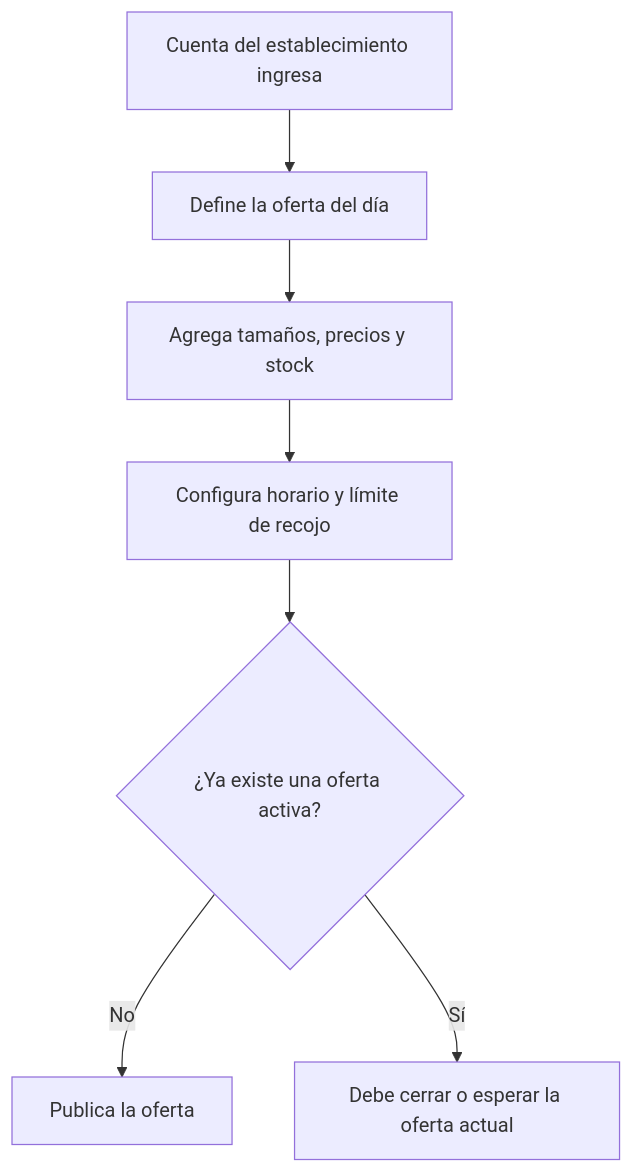
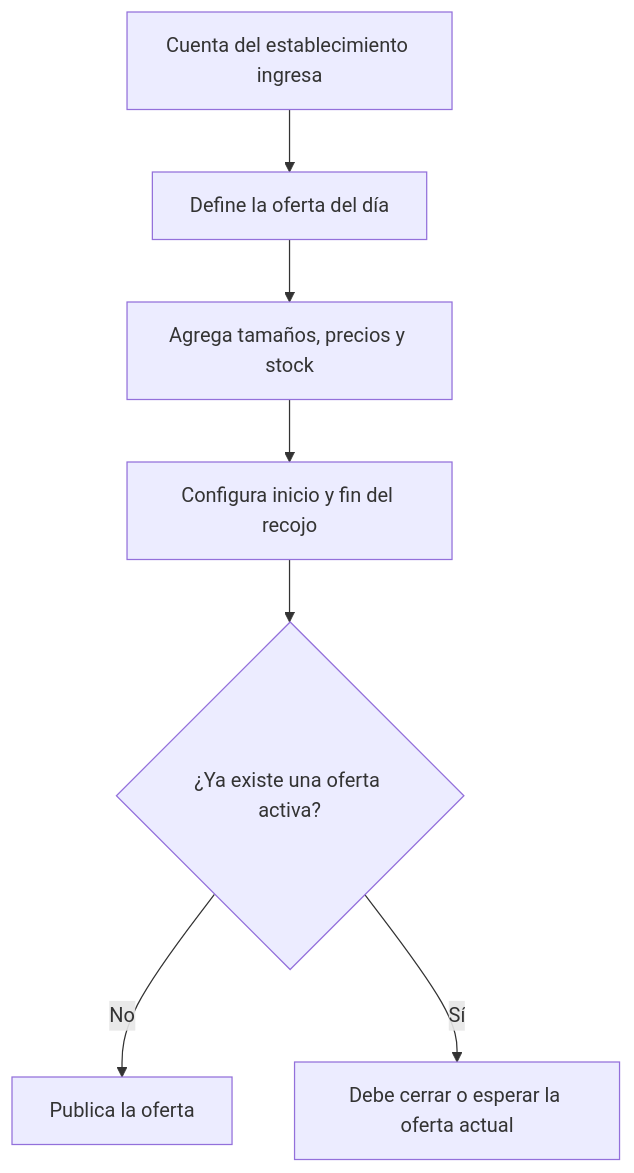
Before and after one commit to Zheyben/Sazloop: the second of 7 diagrams in docs/FLUJOS_NEGOCIO.md, drawn with Mermaid. The commit also changed other lines of this file and 10 other files, not shown here.

````diff
--- a/docs/FLUJOS_NEGOCIO.md
+++ b/docs/FLUJOS_NEGOCIO.md
@@ -28,9 +28,9 @@
 ```mermaid
 flowchart TD
     A["Cuenta del establecimiento ingresa"] --> B["Define la oferta del día"]
     B --> C["Agrega tamaños, precios y stock"]
-    C --> D["Configura horario y límite de recojo"]
+    C --> D["Configura inicio y fin del recojo"]
     D --> E{"¿Ya existe una oferta activa?"}
     E -->|No| F["Publica la oferta"]
     E -->|Sí| G["Debe cerrar o esperar la oferta actual"]
 ```
````
